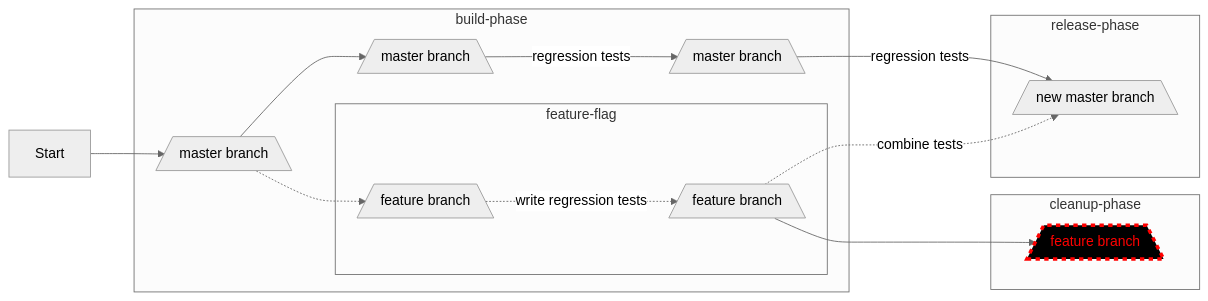
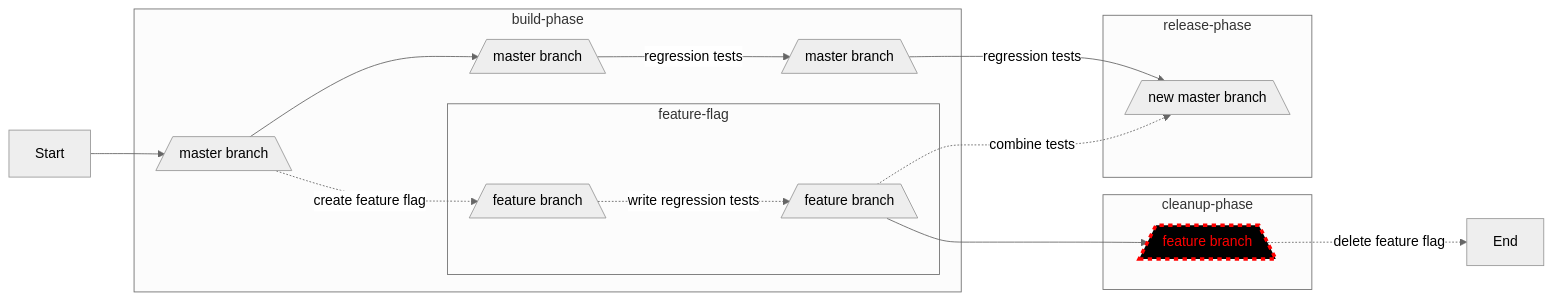
Before and after one commit to jessicahirsch/Mermaid-Diagrams: the diagram in diagrams/diagram1.mmd, drawn with Mermaid (neutral theme).

Commit message:
feat: delete feature flag action

```diff
--- a/diagrams/diagram1.mmd
+++ b/diagrams/diagram1.mmd
@@ -1,36 +1,39 @@
 flowchart LR
 
 %% Each phase is one line of code to promote small batches
 %% Two lines of code means smaller batches called for
 
-    Z[Start]-->A[/master branch\]
+    Y[Start]-->A[/master branch\]
 
     subgraph build-phase
     A[/master branch\]-->AB[/master branch\]
 
     %% Begin top line build phase
     AB[/master branch\]--regression tests-->B[/master branch\]
 
     %% Feature branch is forked from master
-    A[/master branch\]-.->C[/feature branch\]
+    A[/master branch\]-.create feature flag.->C[/feature branch\]
 
     %% Feature developement begins behind flag
     subgraph feature-flag
     C[/feature branch\]-.write regression tests .->D[/feature branch\]
     D[/feature branch\]
     end feature-flag
     end build-phase
 
     subgraph release-phase
     B[/master branch\]--regression tests-->E[/new master branch\]
 
     %% Work is integrated
     D[/feature branch\]-.combine tests .->E[/new master branch\]
     end release-phase
 
     %% Post-experiment cleanup phase
     subgraph cleanup-phase
     D[/feature branch\]-->F[/feature branch\]
+    F[/feature branch\]
     end cleanup-phase
 
+    F[/feature branch\]-.delete feature flag.->Z[End]
+
     style F fill:#000,stroke:#f00,stroke-width:4px,color:#f00,stroke-dasharray: 5 5
```
